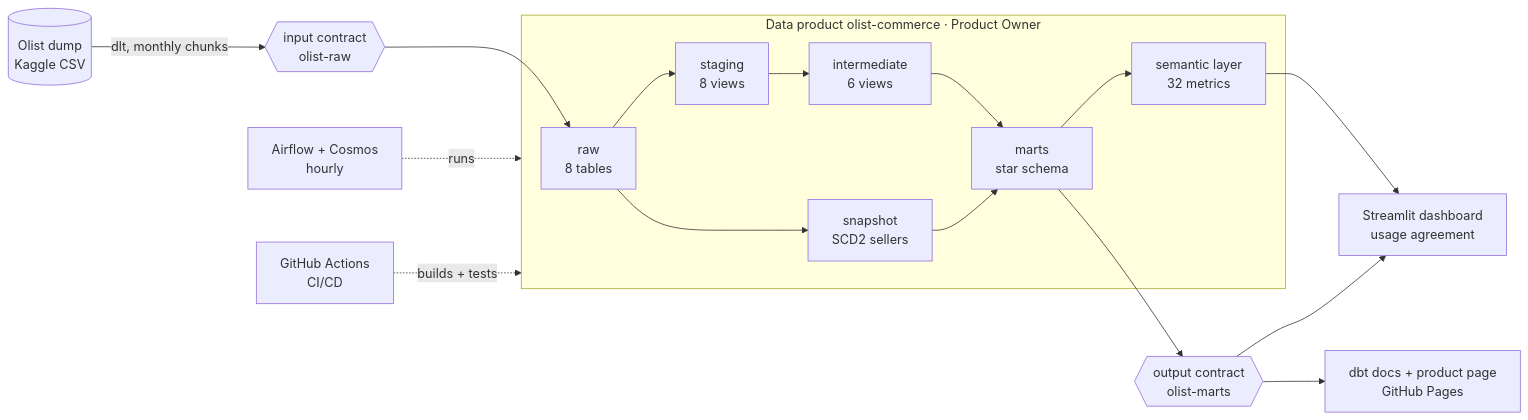
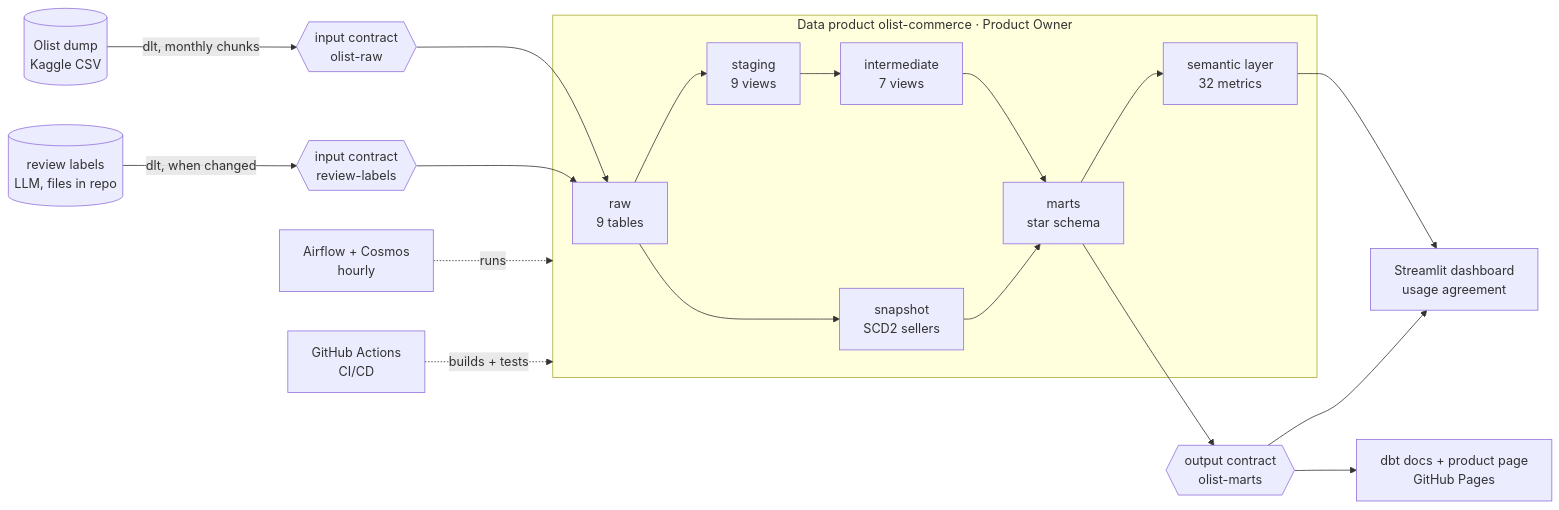
Before and after one commit to ShuCiG/olist-analytics-dbt: the first of 6 diagrams in README.md, drawn with Mermaid. The commit also changed other lines of this file and 411 other files, not shown here.

First line of the commit message:
feat: review texts labelled by an LLM, topics and sentiment mart, API labelling for new reviews (D92)

````diff
--- a/README.md
+++ b/README.md
@@ -86,19 +92,21 @@
 ```mermaid
 flowchart LR
     kaggle[(Olist dump<br/>Kaggle CSV)] -->|dlt, monthly chunks| ic{{input contract<br/>olist-raw}}
     ic --> raw
+    labels[(review labels<br/>LLM, files in repo)] -->|dlt, when changed| lc{{input contract<br/>review-labels}}
+    lc --> raw
 
     subgraph product[Data product olist-commerce · Product Owner]
-        raw[raw<br/>8 tables] --> staging[staging<br/>8 views] --> intermediate[intermediate<br/>6 views] --> marts[marts<br/>star schema]
+        raw[raw<br/>9 tables] --> staging[staging<br/>9 views] --> intermediate[intermediate<br/>7 views] --> marts[marts<br/>star schema]
         marts --> metrics[semantic layer<br/>32 metrics]
         raw --> snap[snapshot<br/>SCD2 sellers] --> marts
     end
 
     marts --> oc{{output contract<br/>olist-marts}}
     oc --> dash[Streamlit dashboard<br/>usage agreement]
     metrics --> dash
     oc --> docs[dbt docs + product page<br/>GitHub Pages]
 
     airflow[Airflow + Cosmos<br/>hourly] -. runs .-> product
     ci[GitHub Actions<br/>CI/CD] -. builds + tests .-> product
 ```
````
